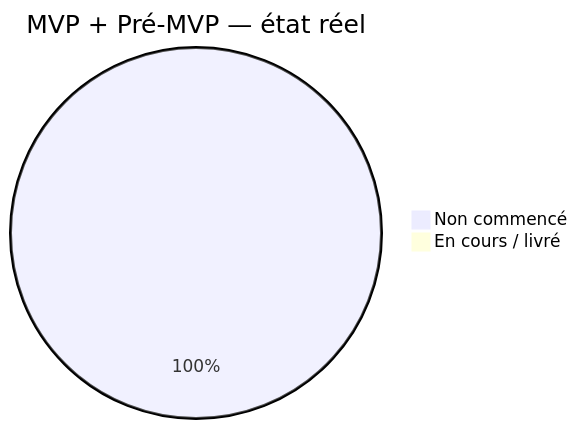
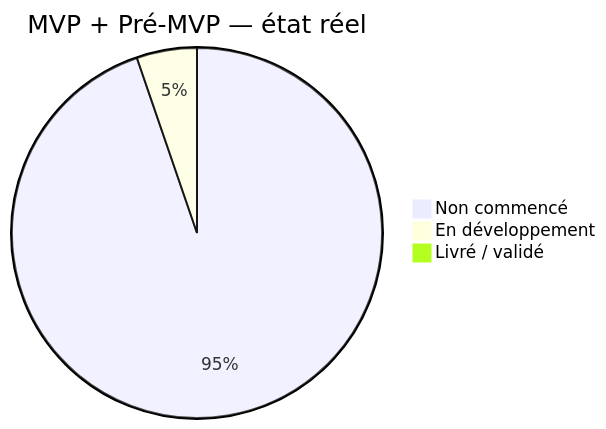
Before and after one commit to JavaChrist/Tai-Chi-AI-Coach: the first of 5 diagrams in docs/runtime/02_FEATURE_STATUS.md, drawn with Mermaid. The commit also changed other lines of this file and 59 other files, not shown here.

````diff
--- a/docs/runtime/02_FEATURE_STATUS.md
+++ b/docs/runtime/02_FEATURE_STATUS.md
@@ -109,5 +111,6 @@
 ```mermaid
 pie title MVP + Pré-MVP — état réel
-  "Non commencé" : 19
-  "En cours / livré" : 0
+  "Non commencé" : 18
+  "En développement" : 1
+  "Livré / validé" : 0
 ```
````
